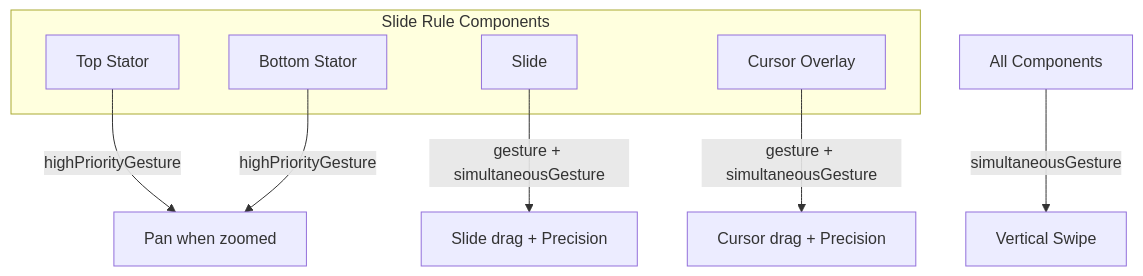
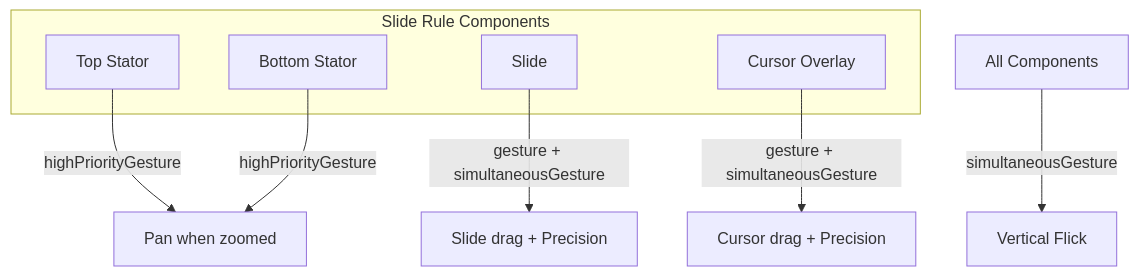
One commit to adamhill/TheElectricSlideV3 changed the third of 7 diagrams in swift-docs/gesture-refactor/current-gesture-system.md. Above: the diagram before and after it, drawn with Mermaid. The commit also changed other lines of this file and 11 other files, not shown here.

````diff
--- a/swift-docs/gesture-refactor/current-gesture-system.md
+++ b/swift-docs/gesture-refactor/current-gesture-system.md
@@ -128,16 +133,16 @@
 ```mermaid
 flowchart TD
     subgraph "Slide Rule Components"
         TS[Top Stator]
         SL[Slide]
         BS[Bottom Stator]
         CU[Cursor Overlay]
     end
     
     TS --> |highPriorityGesture| PAN[Pan when zoomed]
     BS --> |highPriorityGesture| PAN
     SL --> |gesture + simultaneousGesture| SLIDE[Slide drag + Precision]
     CU --> |gesture + simultaneousGesture| CURSOR[Cursor drag + Precision]
     
-    ALL[All Components] --> |simultaneousGesture| VERT[Vertical Swipe]
+    ALL[All Components] --> |simultaneousGesture| VERT[Vertical Flick]
 ```
````
